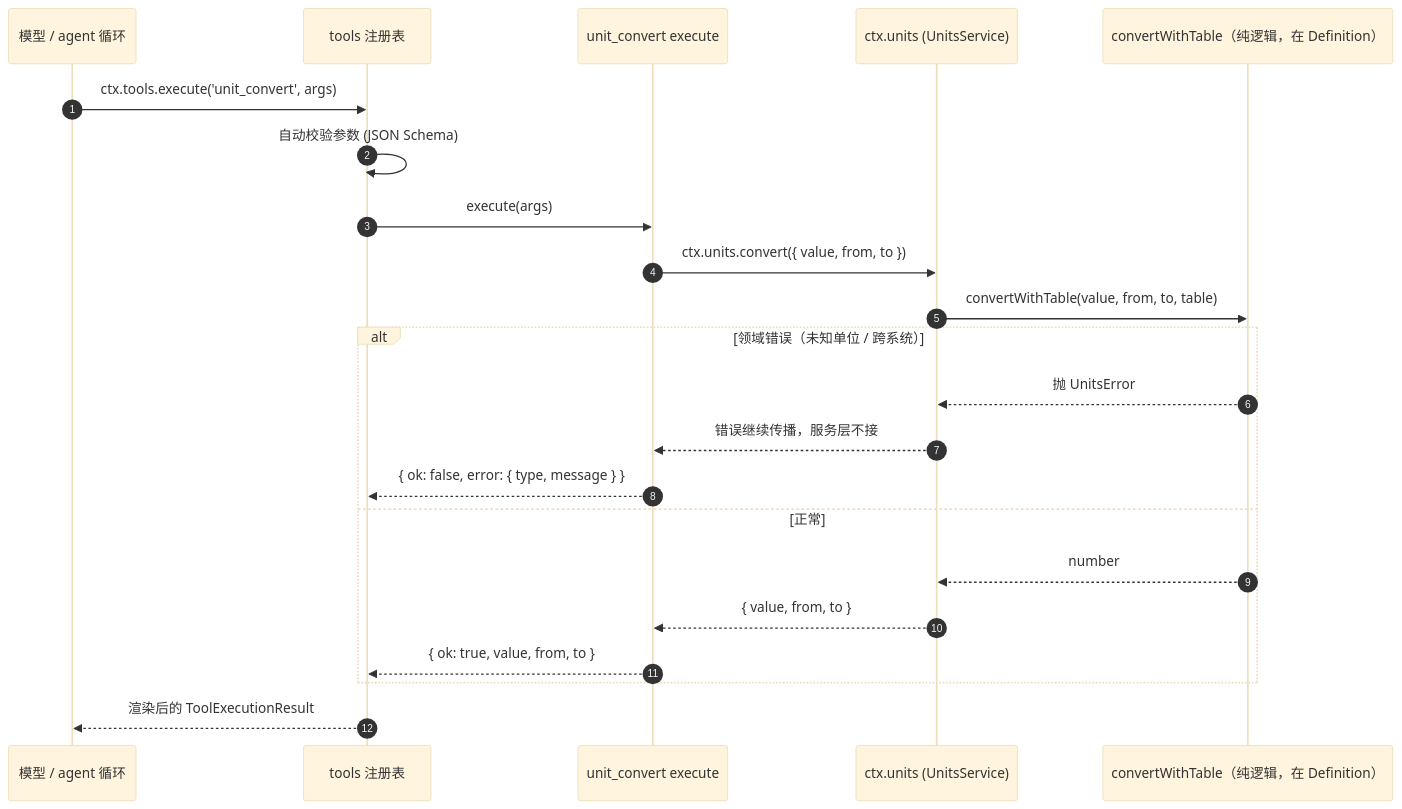
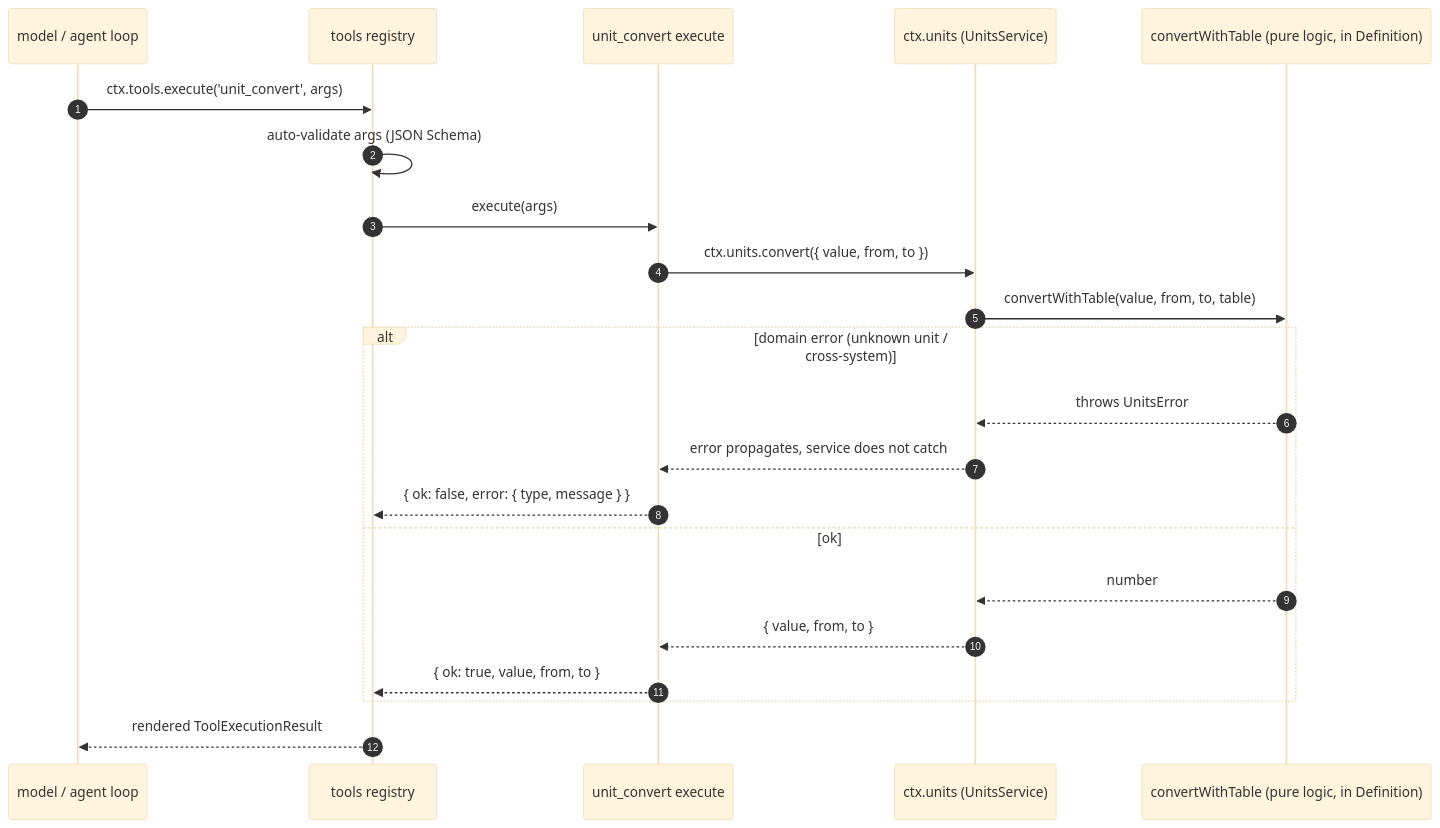
One commit to smileonroad/xzz_dsh_plugin changed the second of 2 diagrams in examples/units-capability/README.zh.md. Above: the diagram before and after it, drawn with Mermaid (base theme). The commit also changed other lines of this file and 19 other files, not shown here.

````diff
--- a/examples/units-capability/README.zh.md
+++ b/examples/units-capability/README.zh.md
@@ -83,25 +83,25 @@
 ```mermaid
 sequenceDiagram
     autonumber
-    participant M as 模型 / agent 循环
-    participant R as tools 注册表
+    participant M as model / agent loop
+    participant R as tools registry
     participant T as unit_convert execute
     participant U as ctx.units (UnitsService)
-    participant D as convertWithTable（纯逻辑，在 Definition）
+    participant D as convertWithTable (pure logic, in Definition)
 
     M->>R: ctx.tools.execute('unit_convert', args)
-    R->>R: 自动校验参数 (JSON Schema)
+    R->>R: auto-validate args (JSON Schema)
     R->>T: execute(args)
     T->>U: ctx.units.convert({ value, from, to })
     U->>D: convertWithTable(value, from, to, table)
-    alt 领域错误（未知单位 / 跨系统）
-        D-->>U: 抛 UnitsError
-        U-->>T: 错误继续传播，服务层不接
+    alt domain error (unknown unit / cross-system)
+        D-->>U: throws UnitsError
+        U-->>T: error propagates, service does not catch
         T-->>R: { ok: false, error: { type, message } }
-    else 正常
+    else ok
         D-->>U: number
         U-->>T: { value, from, to }
         T-->>R: { ok: true, value, from, to }
     end
-    R-->>M: 渲染后的 ToolExecutionResult
+    R-->>M: rendered ToolExecutionResult
 ```
````
